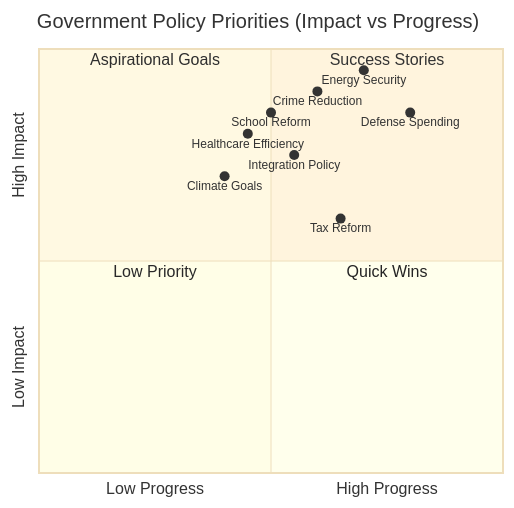
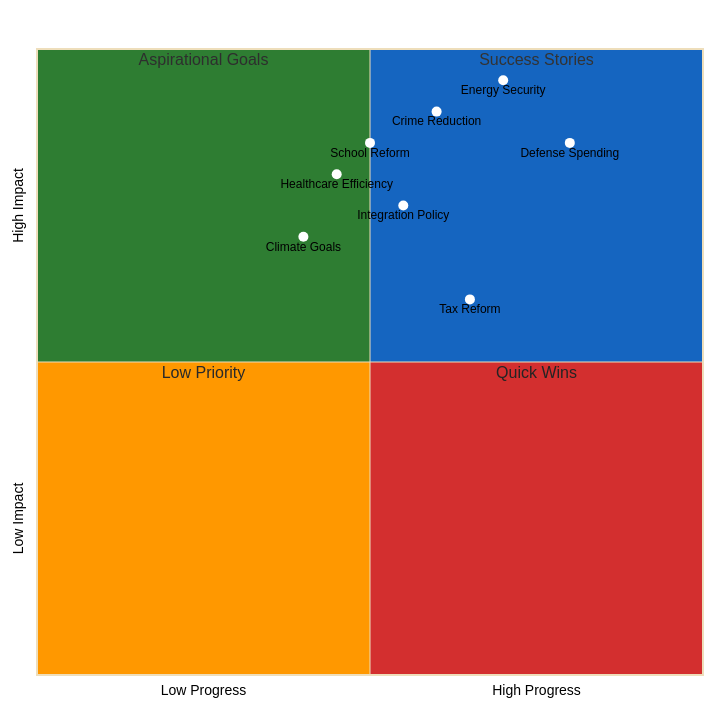
The sixth of 13 diagrams in json-export-specs/visualizations/government-cabinet.md (Hack23/cia), drawn with Mermaid before and after one commit. The commit also changed other lines of this file and 30 other files, not shown here.

First line of the commit message:
fix: fix mermaid init blocks (single->double quotes), xychart quoting, and SWOT quadrant colors

````diff
--- a/json-export-specs/visualizations/government-cabinet.md
+++ b/json-export-specs/visualizations/government-cabinet.md
@@ -148,20 +148,43 @@
 ```mermaid
-%%{init: {'theme':'base'}}%%
+%%{init: {
+  "theme": "base",
+  "themeVariables": {
+    "quadrant1Fill": "#1565C0",
+    "quadrant2Fill": "#2E7D32",
+    "quadrant3Fill": "#FF9800",
+    "quadrant4Fill": "#D32F2F",
+    "quadrantTitleFill": "#ffffff",
+    "quadrantPointFill": "#ffffff",
+    "quadrantPointTextFill": "#000000",
+    "quadrantXAxisTextFill": "#000000",
+    "quadrantYAxisTextFill": "#000000"
+  },
+  "quadrantChart": {
+    "chartWidth": 700,
+    "chartHeight": 700,
+    "pointLabelFontSize": 12,
+    "titleFontSize": 20,
+    "quadrantLabelFontSize": 16,
+    "xAxisLabelFontSize": 14,
+    "yAxisLabelFontSize": 14
+  }
+}}%%
 quadrantChart
     title Government Policy Priorities (Impact vs Progress)
     x-axis Low Progress --> High Progress
     y-axis Low Impact --> High Impact
     quadrant-1 Success Stories
     quadrant-2 Aspirational Goals
     quadrant-3 Low Priority
     quadrant-4 Quick Wins
     
-    Crime Reduction: [0.6, 0.9]
-    Energy Security: [0.7, 0.95]
-    School Reform: [0.5, 0.85]
-    Healthcare Efficiency: [0.45, 0.8]
-    Climate Goals: [0.4, 0.7]
-    Integration Policy: [0.55, 0.75]
-    Defense Spending: [0.8, 0.85]
-    Tax Reform: [0.65, 0.6]
+    "Crime Reduction": [0.6, 0.9]
+    "Energy Security": [0.7, 0.95]
+    "School Reform": [0.5, 0.85]
+    "Healthcare Efficiency": [0.45, 0.8]
+    "Climate Goals": [0.4, 0.7]
+    "Integration Policy": [0.55, 0.75]
+    "Defense Spending": [0.8, 0.85]
+    "Tax Reform": [0.65, 0.6]
+
 ```
````
